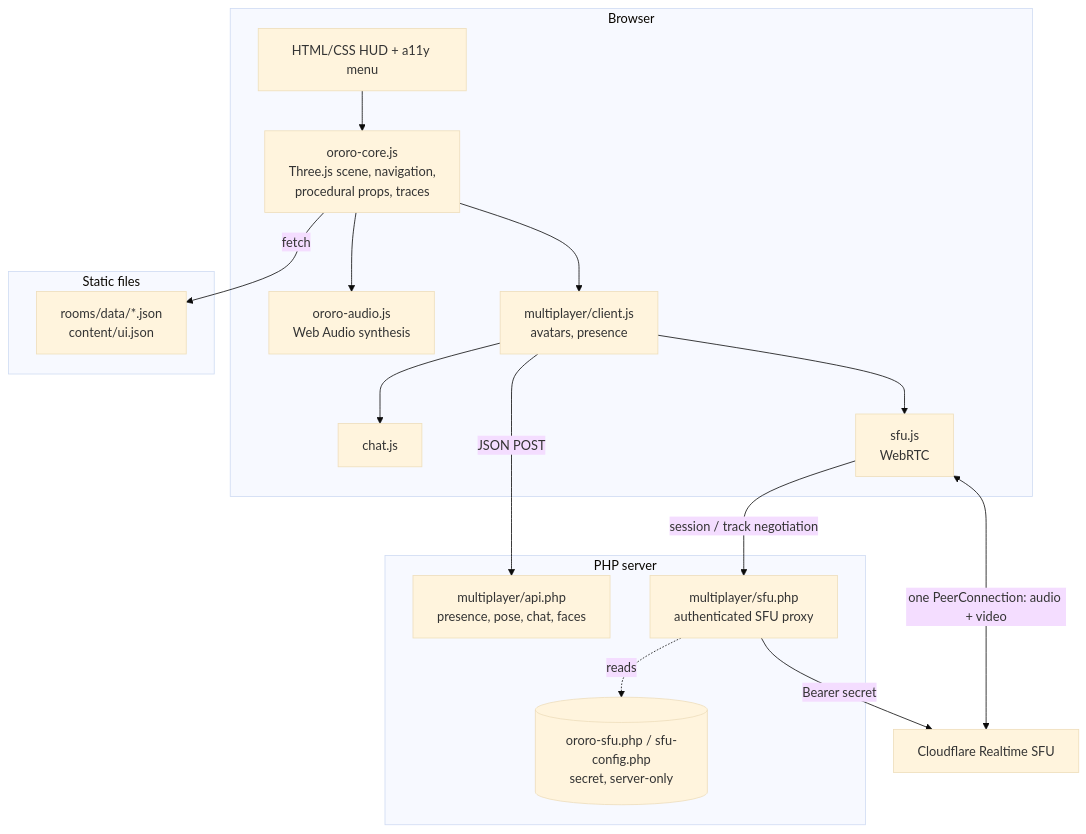
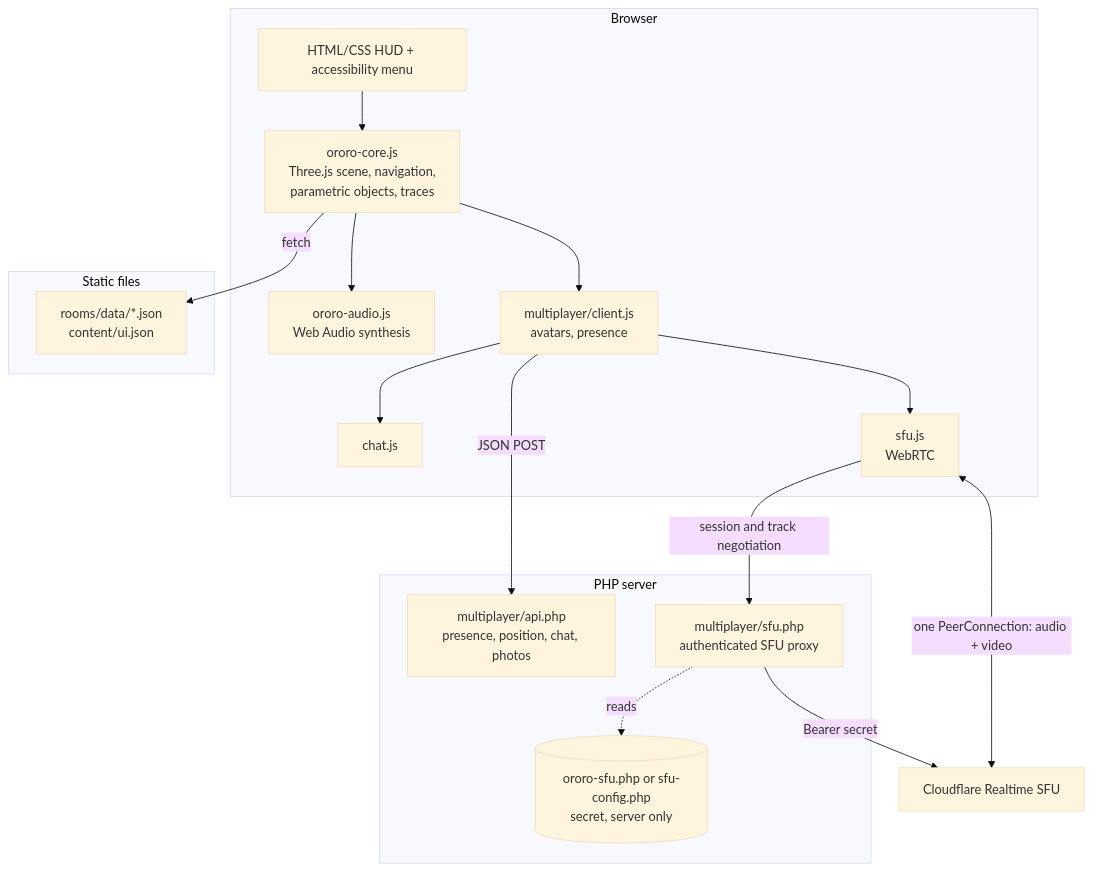
The second of 2 diagrams in README.md (ricardopalmieri/ORORO), drawn with Mermaid (base theme) before and after one commit. The commit also changed other lines of this file, not shown here.

````diff
--- a/README.md
+++ b/README.md
@@ -107,25 +109,25 @@
 ```mermaid
 flowchart TB
   subgraph Browser
-    UI[HTML/CSS HUD + a11y menu] --> CORE[ororo-core.js<br/>Three.js scene, navigation,<br/>procedural props, traces]
+    UI[HTML/CSS HUD + accessibility menu] --> CORE[ororo-core.js<br/>Three.js scene, navigation,<br/>parametric objects, traces]
     CORE --> AUDIO[ororo-audio.js<br/>Web Audio synthesis]
     CORE --> MP[multiplayer/client.js<br/>avatars, presence]
     MP --> CHAT[chat.js]
     MP --> SFUJS[sfu.js<br/>WebRTC]
   end
   subgraph Static files
     DATA[rooms/data/*.json<br/>content/ui.json]
   end
   subgraph PHP server
-    API[multiplayer/api.php<br/>presence, pose, chat, faces]
+    API[multiplayer/api.php<br/>presence, position, chat, photos]
     PROXY[multiplayer/sfu.php<br/>authenticated SFU proxy]
-    CFG[(ororo-sfu.php / sfu-config.php<br/>secret, server-only)]
+    CFG[(ororo-sfu.php or sfu-config.php<br/>secret, server only)]
   end
   CF[Cloudflare Realtime SFU]
   CORE -- fetch --> DATA
   MP -- JSON POST --> API
-  SFUJS -- session / track negotiation --> PROXY
+  SFUJS -- session and track negotiation --> PROXY
   PROXY -- Bearer secret --> CF
   SFUJS <-- one PeerConnection: audio + video --> CF
   PROXY -. reads .-> CFG
 ```
````
